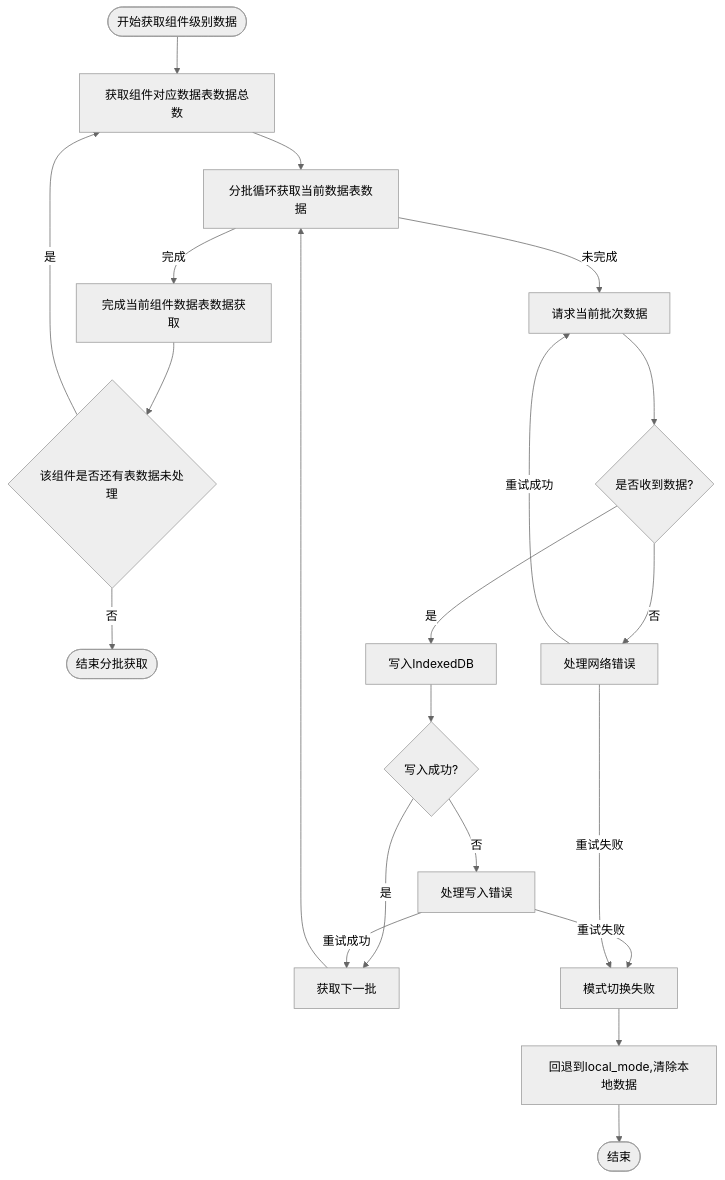
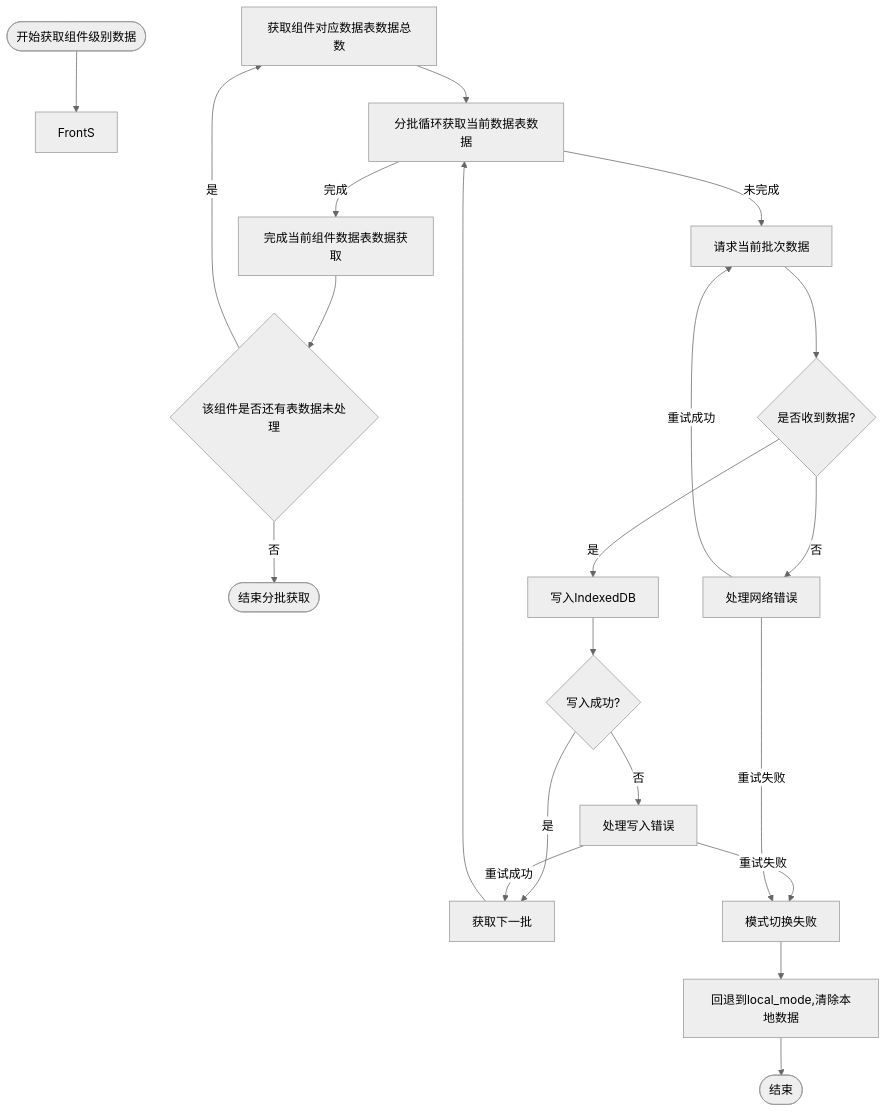
Before and after one commit to yingjianzh/iodraw-files: the diagram in all/未命名-59.md, drawn with Mermaid (neutral theme).

Commit message:
2025-05-14 15:09:29 update

````diff
--- a/all/未命名-59.md
+++ b/all/未命名-59.md
@@ -1,40 +1,40 @@
 ```mermaid
 
 
 flowchart TD
-    StartBatch([开始获取组件级别数据]) --> 
+    StartBatch([开始获取组件级别数据]) --> FrontS
     
     
     
     InitializeBatch[获取组件对应数据表数据总数]
     InitializeBatch --> CheckBatchSize[分批循环获取当前数据表数据]
     
     CheckBatchSize -->|完成| BatchComplete[完成当前组件数据表数据获取]
 
 
     BatchComplete --> HasNext{该组件是否还有表数据未处理}
 
     HasNext --> |是| InitializeBatch
     HasNext --> |否| EndBatch([结束分批获取])
 
     
     CheckBatchSize -->|未完成| RequestBatch[请求当前批次数据]
     RequestBatch --> ReceiveBatch{是否收到数据?}
     
     ReceiveBatch -->|是| WriteToDB[写入IndexedDB]
     
     WriteToDB --> BatchSuccess{写入成功?}
     BatchSuccess -->|是| NextBatch[获取下一批]
     BatchSuccess -->|否| HandleError[处理写入错误]
     HandleError -->|重试成功| NextBatch
     HandleError -->|重试失败| ModeFailed[模式切换失败]
     ModeFailed --> Abort[回退到local_mode,清除本地数据]
     Abort --> End([结束])
     
     ReceiveBatch -->|否| HandleNetworkError[处理网络错误]
     HandleNetworkError -->|重试成功| RequestBatch
     HandleNetworkError -->|重试失败| ModeFailed
     
     NextBatch --> CheckBatchSize
 
 ```
````
